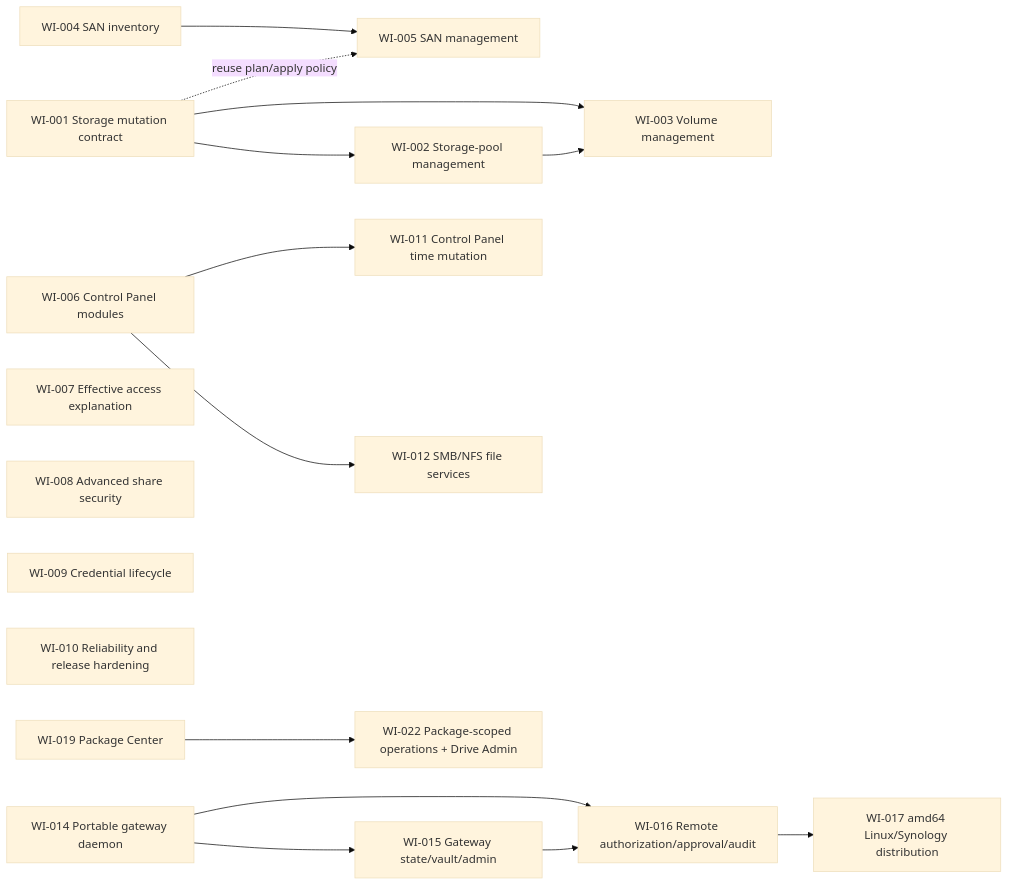
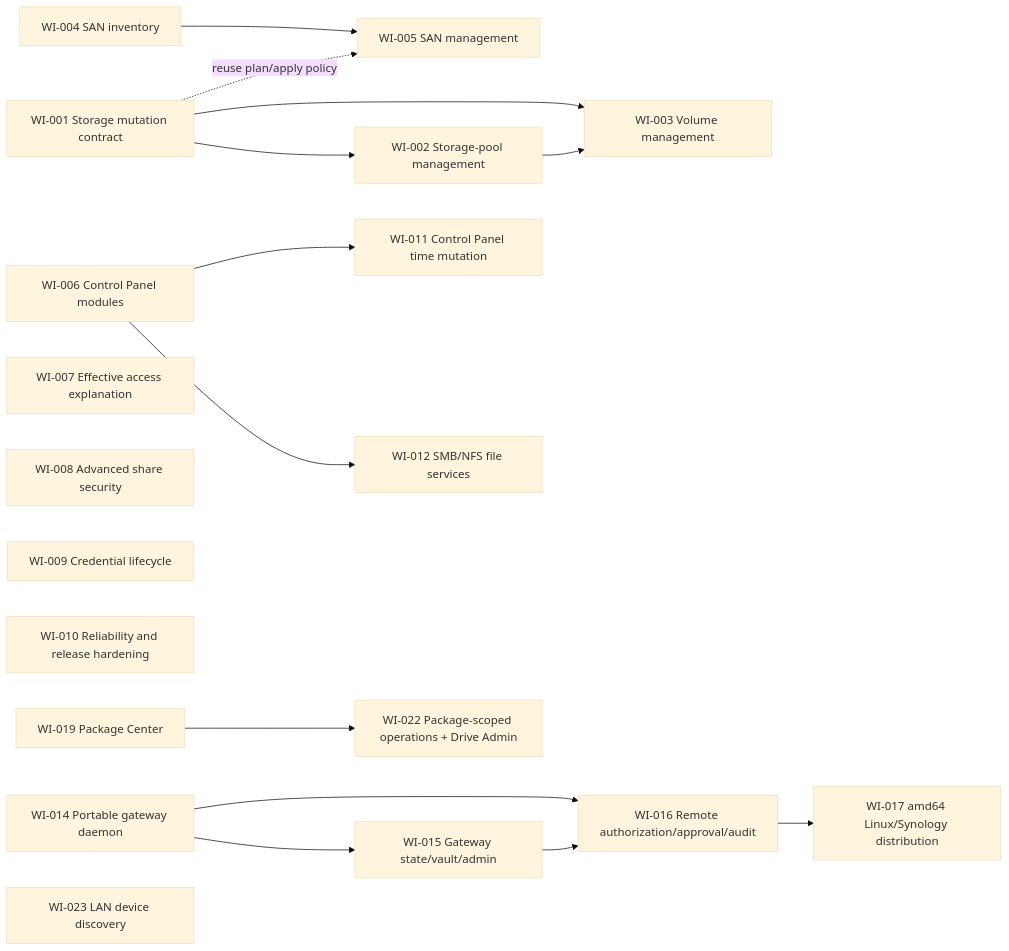
Before and after one commit to ychiu1211/dsmctl: the diagram in spec/roadmap.md, drawn with Mermaid (base theme). The commit also changed other lines of this file and 16 other files, not shown here.

First line of the commit message:
Add session-less LAN device discovery (findhost broadcast)

````diff
--- a/spec/roadmap.md
+++ b/spec/roadmap.md
@@ -9,20 +9,21 @@
 ```mermaid
 flowchart LR
   WI001["WI-001 Storage mutation contract"] --> WI002["WI-002 Storage-pool management"]
   WI001 --> WI003["WI-003 Volume management"]
   WI002 --> WI003
   WI004["WI-004 SAN inventory"] --> WI005["WI-005 SAN management"]
   WI001 -. "reuse plan/apply policy" .-> WI005
   WI006["WI-006 Control Panel modules"]
   WI006 --> WI012["WI-012 SMB/NFS file services"]
   WI006 --> WI011["WI-011 Control Panel time mutation"]
   WI007["WI-007 Effective access explanation"]
   WI008["WI-008 Advanced share security"]
   WI009["WI-009 Credential lifecycle"]
   WI010["WI-010 Reliability and release hardening"]
   WI014["WI-014 Portable gateway daemon"] --> WI015["WI-015 Gateway state/vault/admin"]
   WI014 --> WI016["WI-016 Remote authorization/approval/audit"]
   WI015 --> WI016
   WI016 --> WI017["WI-017 amd64 Linux/Synology distribution"]
   WI019["WI-019 Package Center"] --> WI022["WI-022 Package-scoped operations + Drive Admin"]
+  WI023["WI-023 LAN device discovery"]
 ```
````
